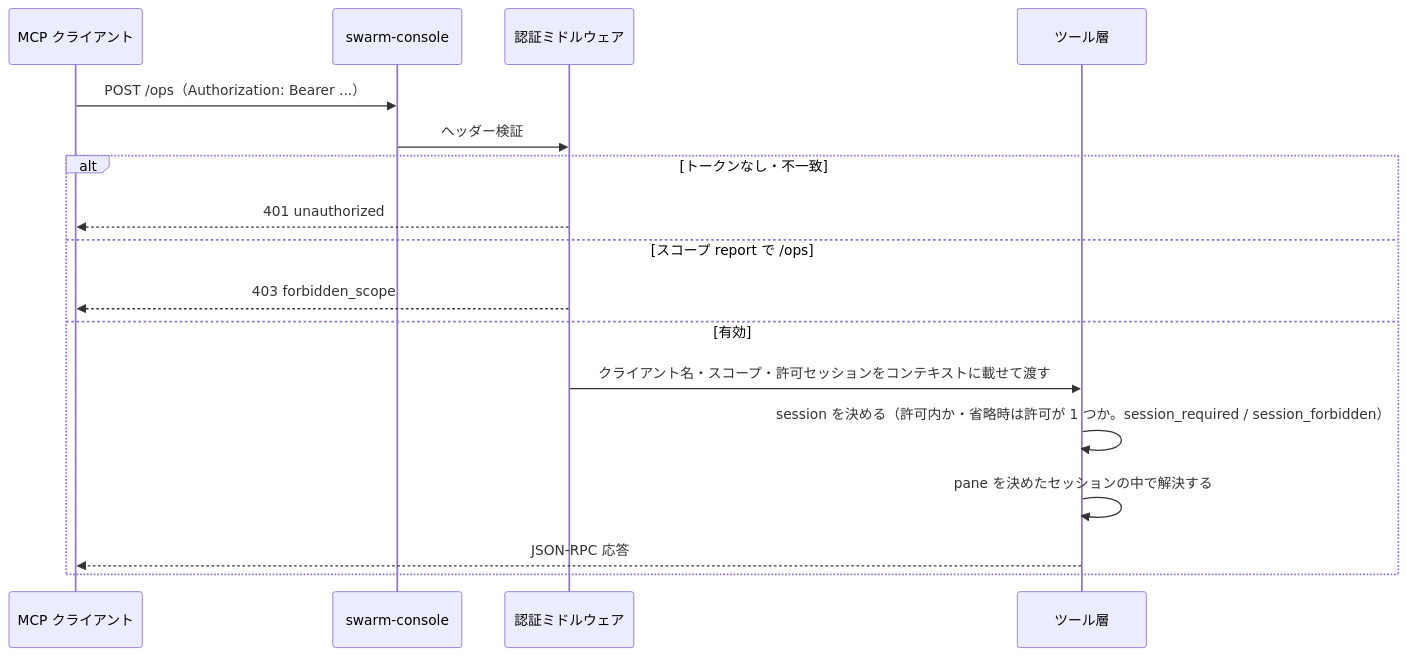
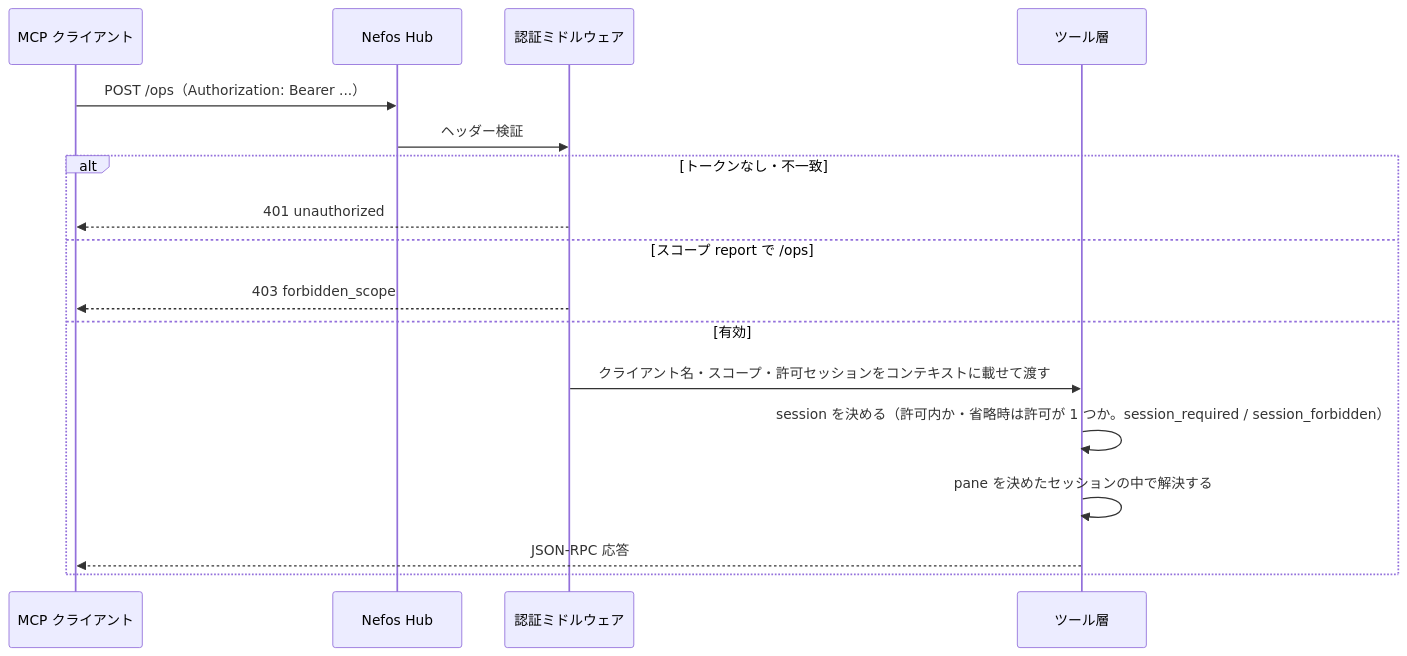
One commit to ousiassllc/swarm-console changed the third of 6 diagrams in docs/architecture/overview.md. Above: the diagram before and after it, drawn with Mermaid. The commit also changed other lines of this file and 35 other files, not shown here.

First line of the commit message:
docs: 表示名を「Nefos Hub」に変更（Kozue → Nefos）

````diff
--- a/docs/architecture/overview.md
+++ b/docs/architecture/overview.md
@@ -114,20 +114,20 @@
 ```mermaid
 sequenceDiagram
     participant C as MCP クライアント
-    participant S as swarm-console
+    participant S as Nefos Hub
     participant A as 認証ミドルウェア
     participant T as ツール層
 
     C->>S: POST /ops（Authorization: Bearer ...）
     S->>A: ヘッダー検証
     alt トークンなし・不一致
         A-->>C: 401 unauthorized
     else スコープ report で /ops
         A-->>C: 403 forbidden_scope
     else 有効
         A->>T: クライアント名・スコープ・許可セッションをコンテキストに載せて渡す
         T->>T: session を決める（許可内か・省略時は許可が 1 つか。session_required / session_forbidden）
         T->>T: pane を決めたセッションの中で解決する
         T-->>C: JSON-RPC 応答
     end
 ```
````
